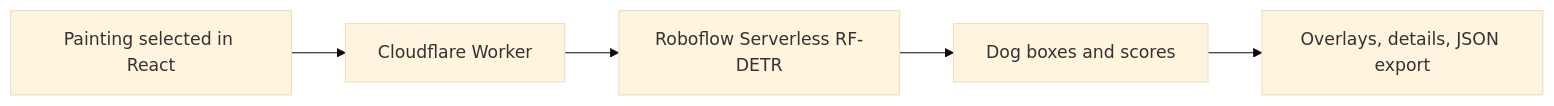
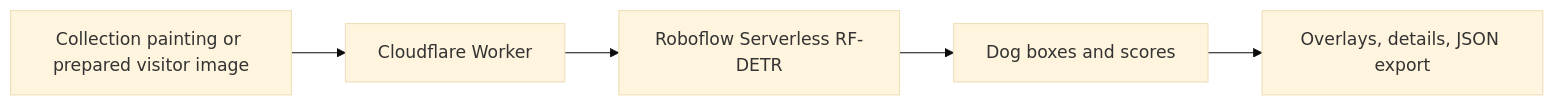
Before and after one commit to zuchka/dogs-in-the-details: the diagram in README.md, drawn with Mermaid (base theme). The commit also changed other lines of this file and 2 other files, not shown here.

Commit message:
Document visitor image flow and GitHub reproduction

````diff
--- a/README.md
+++ b/README.md
@@ -47,7 +63,7 @@
 ```mermaid
 flowchart LR
-  A[Painting selected in React] --> B[Cloudflare Worker]
+  A[Collection painting or prepared visitor image] --> B[Cloudflare Worker]
   B --> C[Roboflow Serverless RF-DETR]
   C --> D[Dog boxes and scores]
   D --> E[Overlays, details, JSON export]
 ```
````
